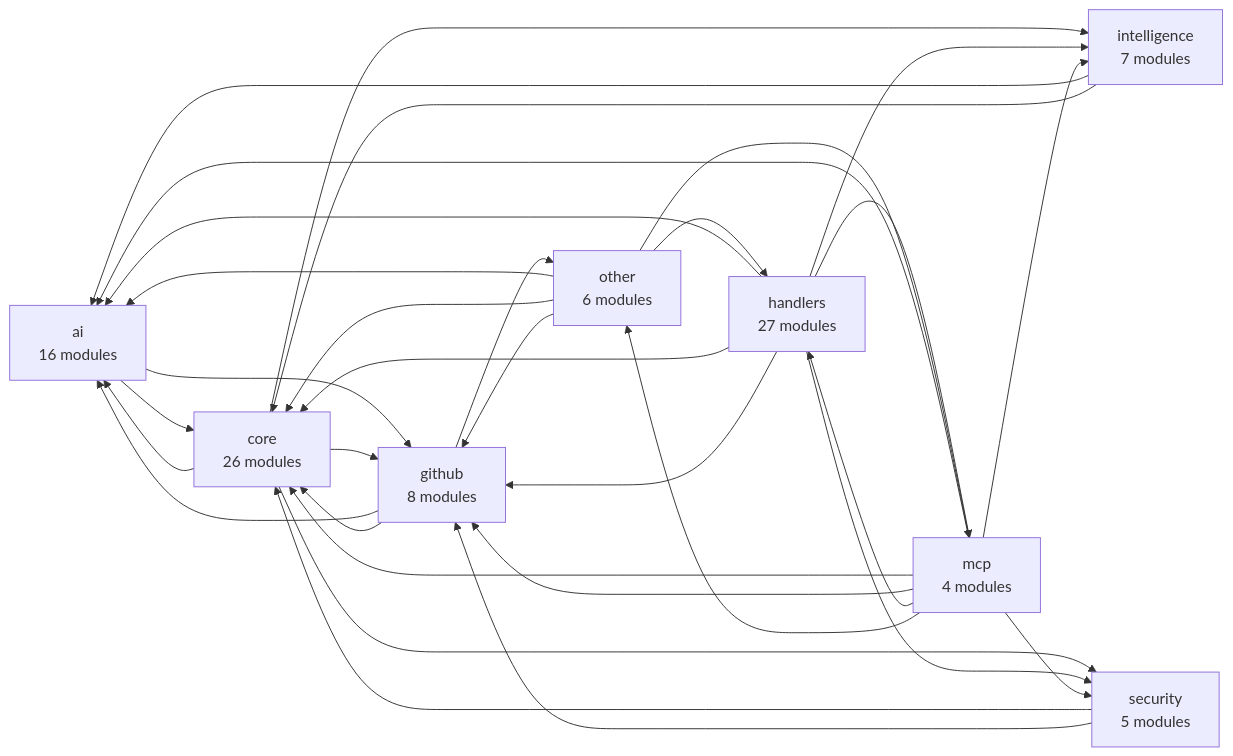
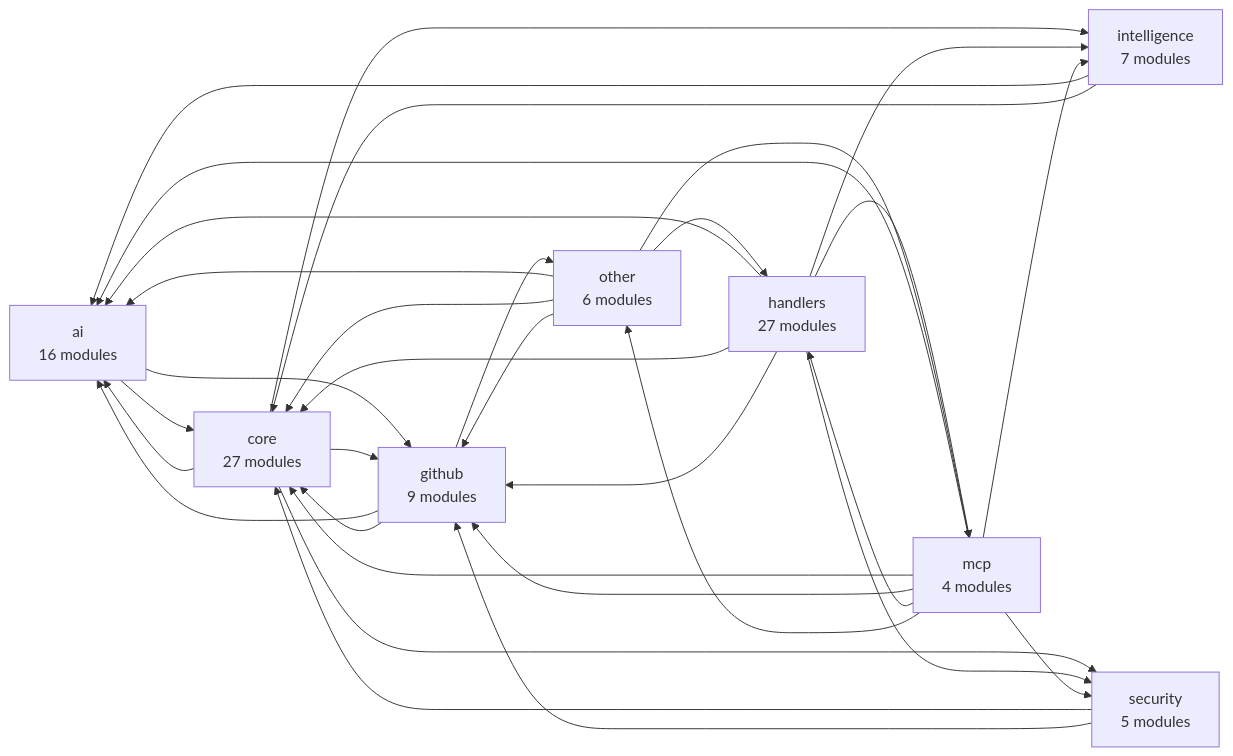
Before and after one commit to Shweta-Mishra-ai/github-autopilot: the second of 2 diagrams in README.md, drawn with Mermaid. The commit also changed other lines of this file and 21 other files, not shown here.

````diff
--- a/README.md
+++ b/README.md
@@ -401,42 +401,42 @@
 ```mermaid
 graph LR
     ai["ai<br/>16 modules"]
-    core["core<br/>26 modules"]
-    github["github<br/>8 modules"]
+    core["core<br/>27 modules"]
+    github["github<br/>9 modules"]
     handlers["handlers<br/>27 modules"]
     intelligence["intelligence<br/>7 modules"]
     mcp["mcp<br/>4 modules"]
     other["other<br/>6 modules"]
     security["security<br/>5 modules"]
     ai --> core
     ai --> github
     core --> ai
     core --> github
     core --> intelligence
     core --> security
     github --> ai
     github --> core
     github --> other
     handlers --> ai
     handlers --> core
     handlers --> github
     handlers --> intelligence
     handlers --> mcp
     handlers --> security
     intelligence --> ai
     intelligence --> core
     mcp --> ai
     mcp --> core
     mcp --> github
     mcp --> handlers
     mcp --> intelligence
     mcp --> other
     mcp --> security
     other --> ai
     other --> core
     other --> github
     other --> handlers
     other --> mcp
     security --> core
     security --> github
 ```
````
